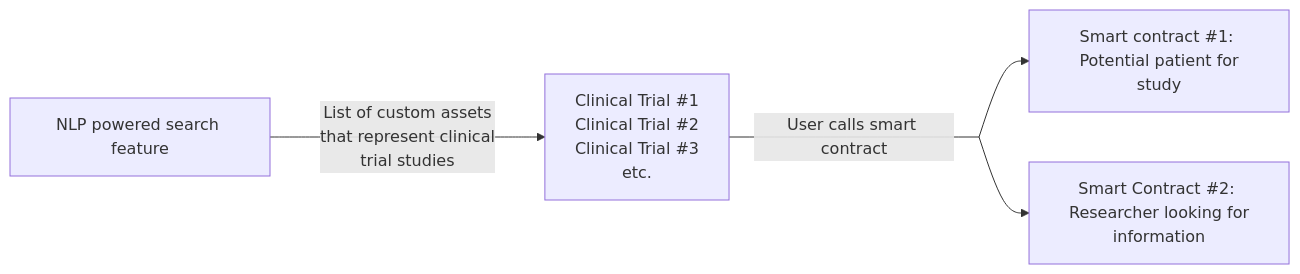
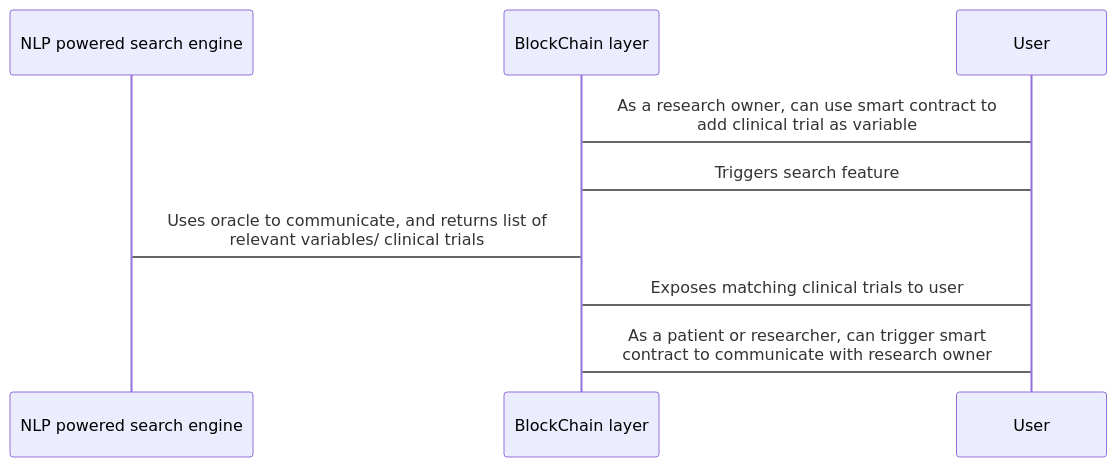
The second of 2 diagrams in README.md (AI-and-Blockchain/S22_StudyBlock), drawn with Mermaid before and after one commit.

````diff
--- a/README.md
+++ b/README.md
@@ -32,10 +32,12 @@
 ```mermaid
-graph LR;
-A[NLP powered search feature] -- List of custom assets <br> that represent clinical <br> trial studies --->
-B[Clinical Trial #1 <br> Clinical Trial #2 <br> Clinical Trial #3 <br> etc.]
-B -- User calls smart contract --- C[ ]:::empty
-C --> D[Smart contract #1: <br> Potential patient for study] 
-C --> E[Smart Contract #2: <br> Researcher looking for information]
-classDef empty width:0px,height:0px;
-
+sequenceDiagram;
+    Participant A as NLP powered search engine
+    Participant B as BlockChain layer
+    Participant C as User
+    C -> B: As a research owner, can use smart contract to <br> add clinical trial as variable
+    C -> B: Triggers search feature
+    A -> B: Uses oracle to communicate, and returns list of <br> relevant variables/ clinical trials
+    B -> C: Exposes matching clinical trials to user
+    C -> B: As a patient or researcher, can trigger smart <br> contract to communicate with research owner
+    
 ```
````
